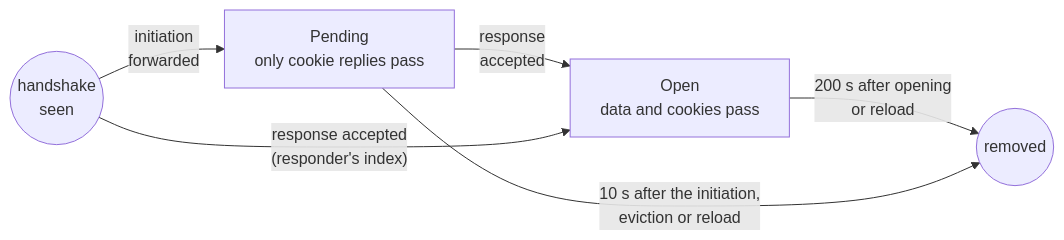
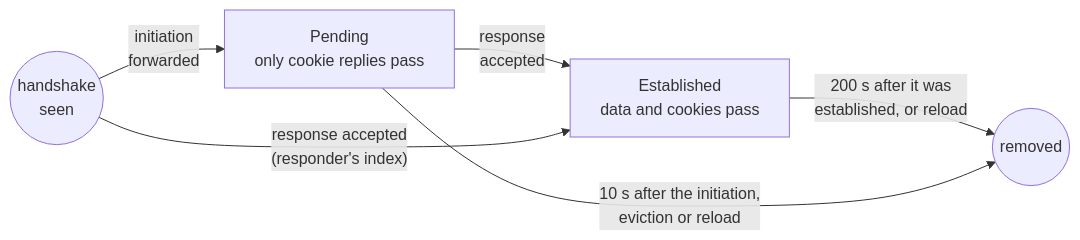
One commit to 3alpha/wg-relay changed diagram 12 of 23 in docs/how-it-works.md. Above: the diagram before and after it, drawn with Mermaid. The commit also changed other lines of this file and 16 other files, not shown here.

First line of the commit message:
refactor(tables): call the open session state established

````diff
--- a/docs/how-it-works.md
+++ b/docs/how-it-works.md
@@ -438,8 +438,8 @@
 ```mermaid
 flowchart LR
     NEW(("handshake<br/>seen")) -- "initiation<br/>forwarded" --> P["Pending<br/>only cookie replies pass"]
-    P -- "response<br/>accepted" --> O["Open<br/>data and cookies pass"]
-    NEW -- "response accepted<br/>(responder's index)" --> O
-    O -- "200 s after opening<br/>or reload" --> GONE(("removed"))
+    P -- "response<br/>accepted" --> E["Established<br/>data and cookies pass"]
+    NEW -- "response accepted<br/>(responder's index)" --> E
+    E -- "200 s after it was<br/>established, or reload" --> GONE(("removed"))
     P -- "10 s after the initiation,<br/>eviction or reload" --> GONE
 ```
````
